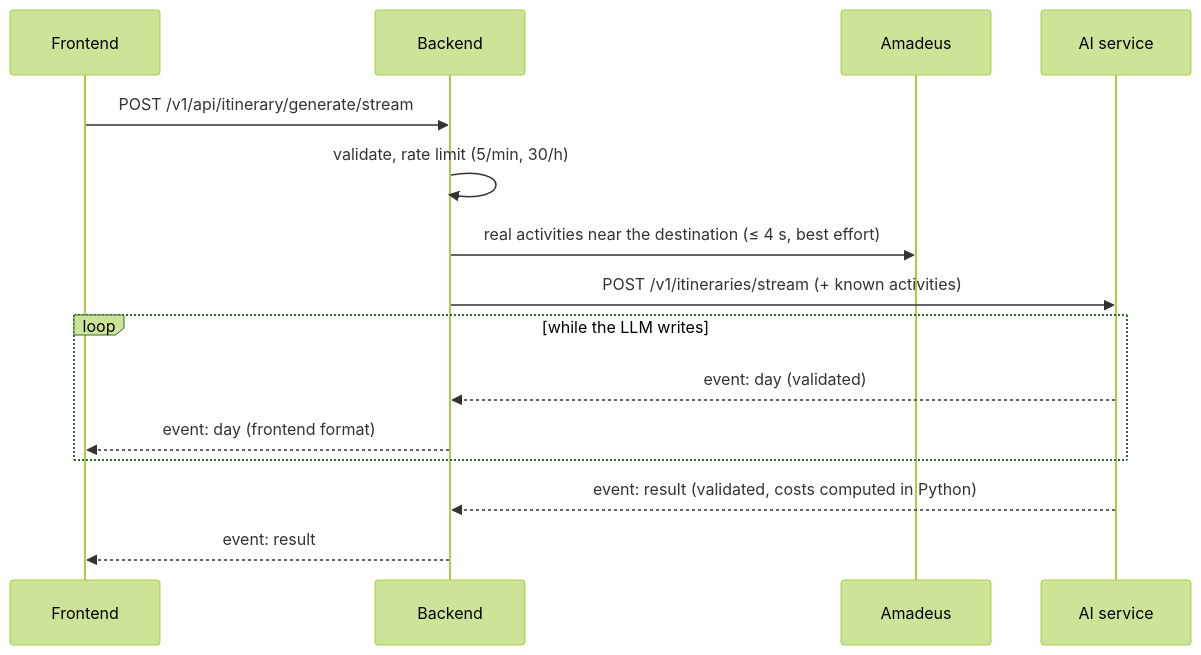
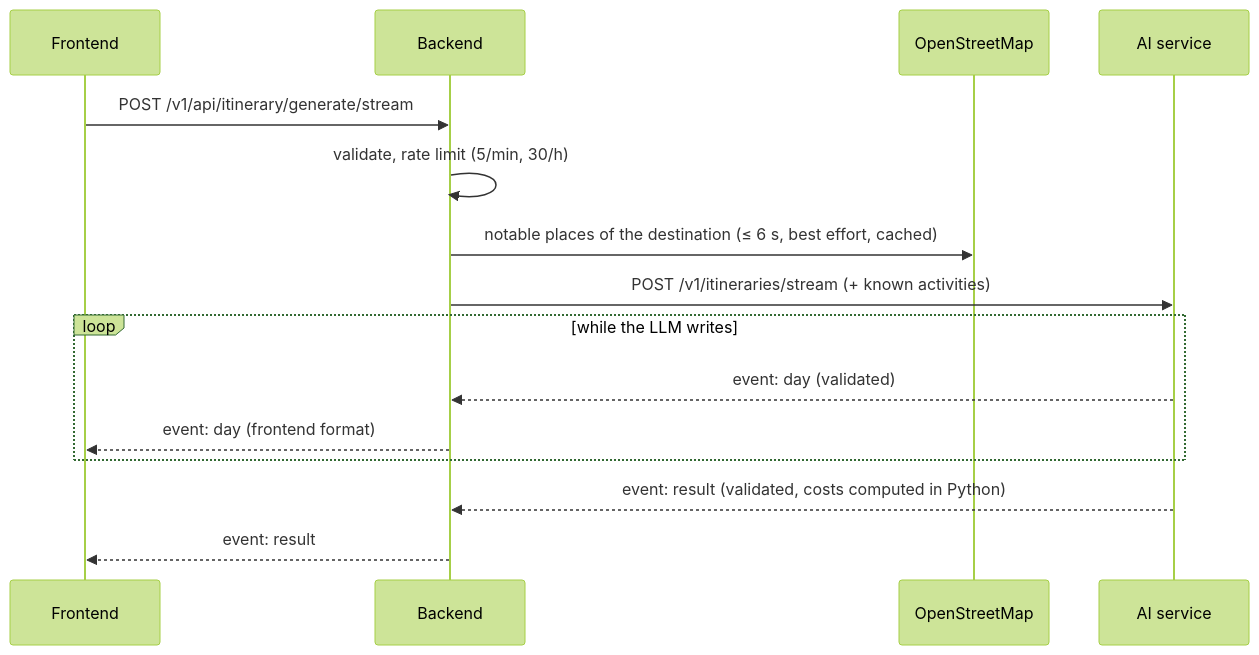
One commit to browny26/atlas-backend changed the second of 2 diagrams in README.md. Above: the diagram before and after it, drawn with Mermaid (forest theme). The commit also changed other lines of this file and 26 other files, not shown here.

First line of the commit message:
Replace the retired Amadeus APIs with OpenStreetMap and an airport dataset (#6)

````diff
--- a/README.md
+++ b/README.md
@@ -49,17 +49,17 @@
 ```mermaid
 sequenceDiagram
   participant FE as Frontend
   participant BE as Backend
-  participant AM as Amadeus
+  participant OSM as OpenStreetMap
   participant AI as AI service
   FE->>BE: POST /v1/api/itinerary/generate/stream
   BE->>BE: validate, rate limit (5/min, 30/h)
-  BE->>AM: real activities near the destination (≤ 4 s, best effort)
+  BE->>OSM: notable places of the destination (≤ 6 s, best effort, cached)
   BE->>AI: POST /v1/itineraries/stream (+ known activities)
   loop while the LLM writes
     AI-->>BE: event: day (validated)
     BE-->>FE: event: day (frontend format)
   end
   AI-->>BE: event: result (validated, costs computed in Python)
   BE-->>FE: event: result
 ```
````
